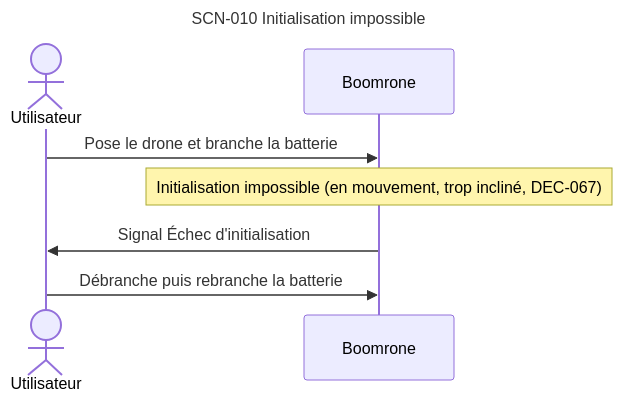
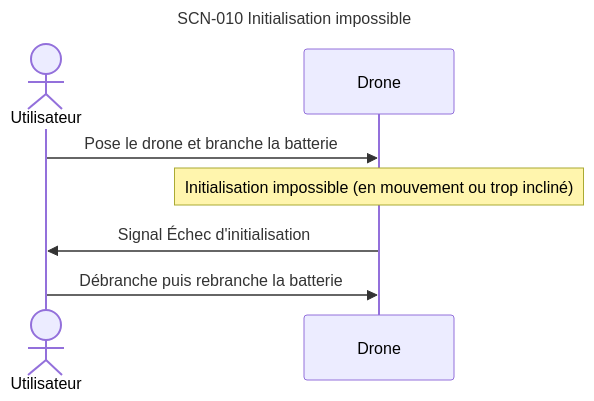
Diagram 14 of 15 in projets/boomrone/00-scenarios.md (thourymatthieu-png/coworker_archi_system), drawn with Mermaid before and after one commit. The commit also changed other lines of this file and 5 other files, not shown here.

Commit message:
Boomrone : diagrammes d'ensemble scindés (a, b, c), glossaire, relectures de porte, DEC-083 à DEC-086, doutes DOU-085 à DOU-090

````diff
--- a/projets/boomrone/00-scenarios.md
+++ b/projets/boomrone/00-scenarios.md
@@ -465,12 +657,12 @@
 ```mermaid
 ---
 title: "SCN-010 Initialisation impossible"
 ---
 sequenceDiagram
     actor U as Utilisateur
-    participant D as Boomrone
+    participant D as Drone
     U->>D: Pose le drone et branche la batterie
-    Note over D: Initialisation impossible (en mouvement, trop incliné, DEC-067)
+    Note over D: Initialisation impossible (en mouvement ou trop incliné)
     D->>U: Signal Échec d'initialisation
     U->>D: Débranche puis rebranche la batterie
 ```
````
